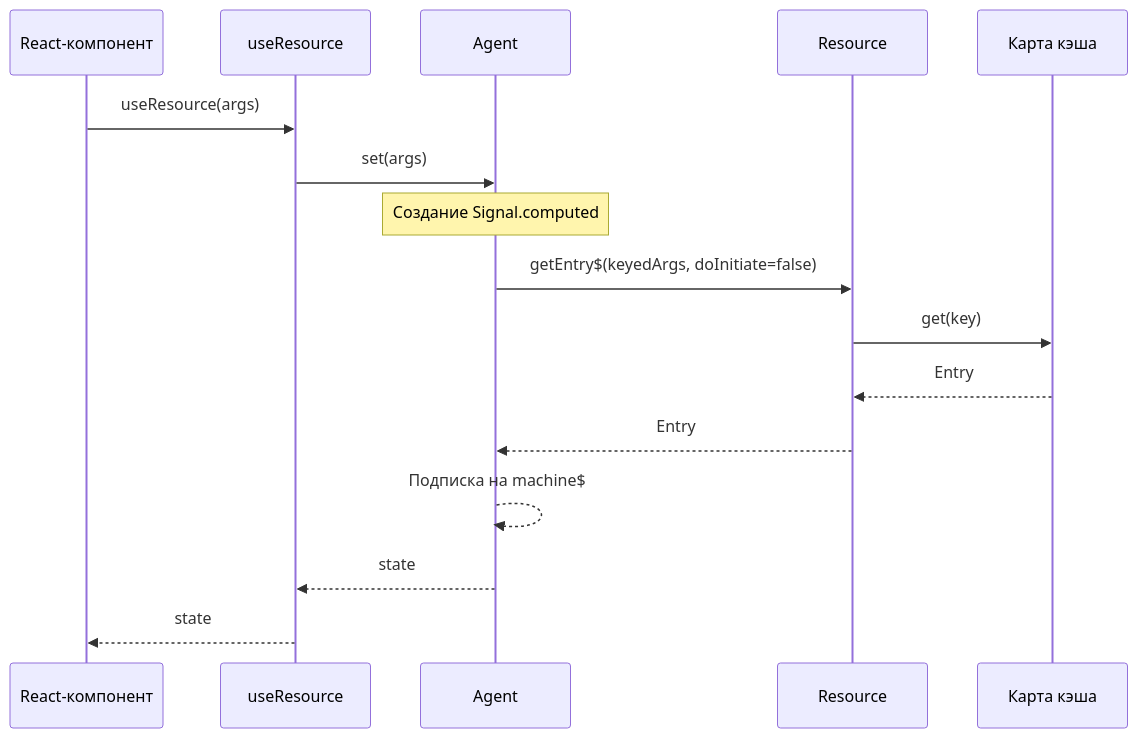
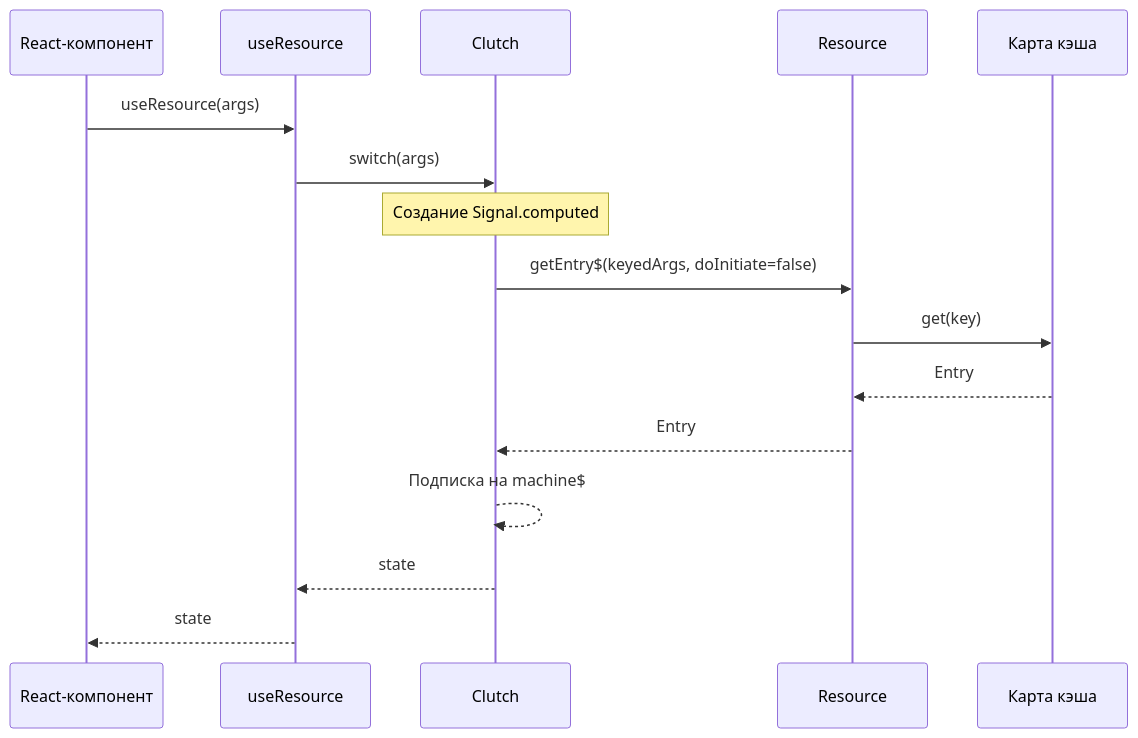
One commit to fozy-labs/rx-toolkit changed the second of 10 diagrams in docs/query/concepts/dataflows.md. Above: the diagram before and after it, drawn with Mermaid. The commit also changed other lines of this file and 105 other files, not shown here.

````diff
--- a/docs/query/concepts/dataflows.md
+++ b/docs/query/concepts/dataflows.md
@@ -107,19 +107,19 @@
 ```mermaid
 sequenceDiagram
     participant UI as React-компонент
     participant Hook as useResource
-    participant Agent as Agent
+    participant Clutch as Clutch
     participant Res as Resource
     participant Cache as Карта кэша
 
     UI->>Hook: useResource(args)
-    Hook->>Agent: set(args)
-    Note over Agent: Создание Signal.computed
-    Agent->>Res: getEntry$(keyedArgs, doInitiate=false)
+    Hook->>Clutch: switch(args)
+    Note over Clutch: Создание Signal.computed
+    Clutch->>Res: getEntry$(keyedArgs, doInitiate=false)
     Res->>Cache: get(key)
     Cache-->>Res: Entry
-    Res-->>Agent: Entry
-    Agent-->>Agent: Подписка на machine$
-    Agent-->>Hook: state
+    Res-->>Clutch: Entry
+    Clutch-->>Clutch: Подписка на machine$
+    Clutch-->>Hook: state
     Hook-->>UI: state
 ```
````
